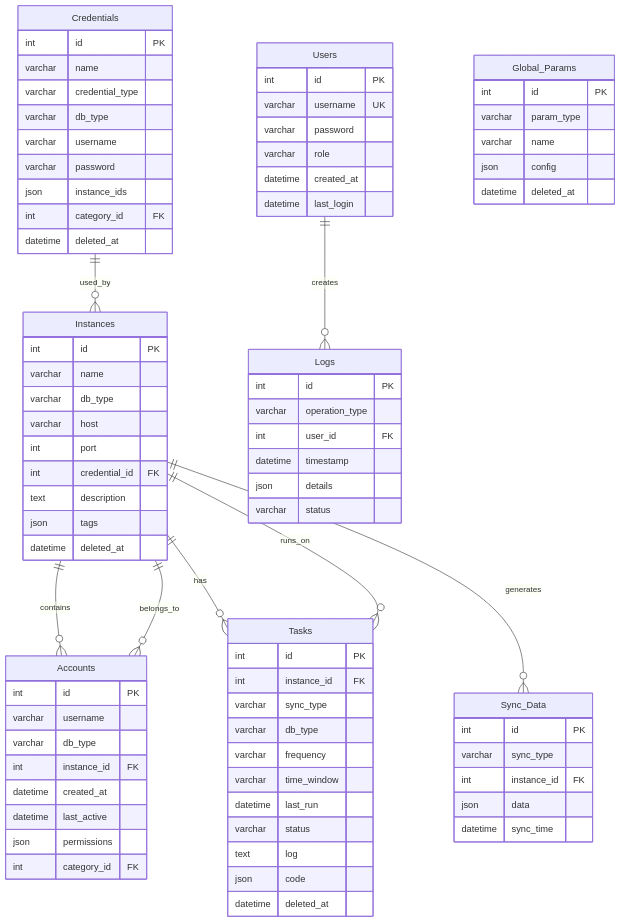
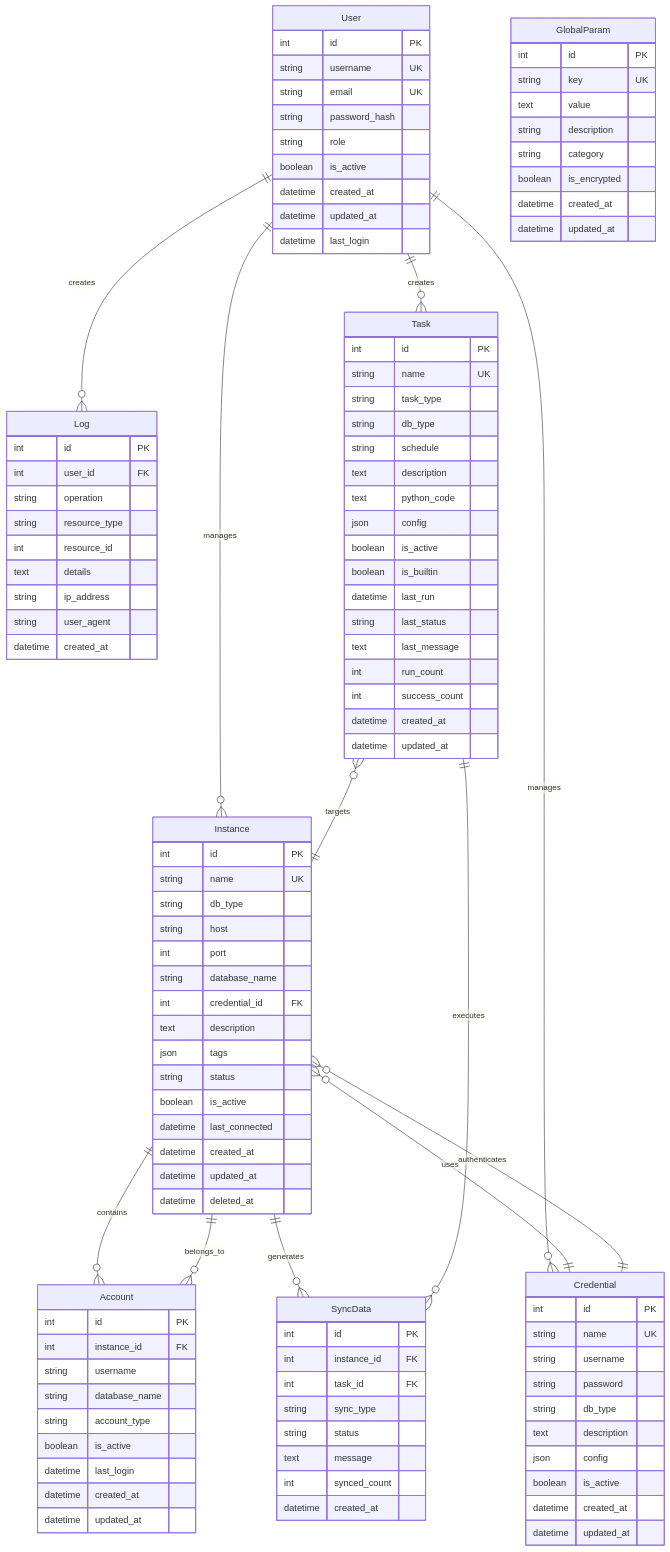
The second of 3 diagrams in doc/spec.md (nyealovey/TaifishingV4), drawn with Mermaid before and after one commit. The commit also changed other lines of this file and 5 other files, not shown here.

````diff
--- a/doc/spec.md
+++ b/doc/spec.md
@@ -138,93 +97,127 @@
 ```mermaid
 erDiagram
-    Users {
+    User ||--o{ Log : creates
+    User ||--o{ Instance : manages
+    User ||--o{ Credential : manages
+    User ||--o{ Task : creates
+    
+    Instance ||--o{ Account : contains
+    Instance ||--o{ SyncData : generates
+    Instance }o--|| Credential : uses
+    
+    Credential ||--o{ Instance : authenticates
+    
+    Task ||--o{ SyncData : executes
+    Task }o--|| Instance : targets
+    
+    Account }o--|| Instance : belongs_to
+    
+    User {
         int id PK
-        varchar username UK
-        varchar password
-        varchar role
+        string username UK
+        string email UK
+        string password_hash
+        string role
+        boolean is_active
         datetime created_at
+        datetime updated_at
         datetime last_login
     }
     
-    Instances {
+    Instance {
         int id PK
-        varchar name
-        varchar db_type
-        varchar host
+        string name UK
+        string db_type
+        string host
         int port
+        string database_name
         int credential_id FK
         text description
         json tags
+        string status
+        boolean is_active
+        datetime last_connected
+        datetime created_at
+        datetime updated_at
         datetime deleted_at
     }
     
-    Credentials {
+    Credential {
         int id PK
-        varchar name
-        varchar credential_type
-        varchar db_type
-        varchar username
-        varchar password
-        json instance_ids
-        int category_id FK
-        datetime deleted_at
+        string name UK
+        string username
+        string password
+        string db_type
+        text description
+        json config
+        boolean is_active
+        datetime created_at
+        datetime updated_at
     }
     
-    Accounts {
+    Account {
         int id PK
-        varchar username
-        varchar db_type
         int instance_id FK
+        string username
+        string database_name
+        string account_type
+        boolean is_active
+        datetime last_login
         datetime created_at
-        datetime last_active
-        json permissions
-        int category_id FK
+        datetime updated_at
     }
     
-    Tasks {
+    Task {
+        int id PK
+        string name UK
+        string task_type
+        string db_type
+        string schedule
+        text description
+        text python_code
+        json config
+        boolean is_active
+        boolean is_builtin
+        datetime last_run
+        string last_status
+        text last_message
+        int run_count
+        int success_count
+        datetime created_at
+        datetime updated_at
+    }
+    
+    Log {
+        int id PK
+        int user_id FK
+        string operation
+        string resource_type
+        int resource_id
+        text details
+        string ip_address
+        string user_agent
+        datetime created_at
+    }
+    
+    SyncData {
         int id PK
         int instance_id FK
-        varchar sync_type
-        varchar db_type
-        varchar frequency
-        varchar time_window
-        datetime last_run
-        varchar status
-        text log
-        json code
-        datetime deleted_at
+        int task_id FK
+        string sync_type
+        string status
+        text message
+        int synced_count
+        datetime created_at
     }
     
-    Logs {
+    GlobalParam {
         int id PK
-        varchar operation_type
-        int user_id FK
-        datetime timestamp
-        json details
-        varchar status
+        string key UK
+        text value
+        string description
+        string category
+        boolean is_encrypted
+        datetime created_at
+        datetime updated_at
     }
-    
-    Global_Params {
-        int id PK
-        varchar param_type
-        varchar name
-        json config
-        datetime deleted_at
-    }
-    
-    Sync_Data {
-        int id PK
-        varchar sync_type
-        int instance_id FK
-        json data
-        datetime sync_time
-    }
-    
-    Users ||--o{ Logs : creates
-    Instances ||--o{ Accounts : contains
-    Instances ||--o{ Tasks : has
-    Instances ||--o{ Sync_Data : generates
-    Credentials ||--o{ Instances : used_by
-    Accounts }o--|| Instances : belongs_to
-    Tasks }o--|| Instances : runs_on
 ```
````
